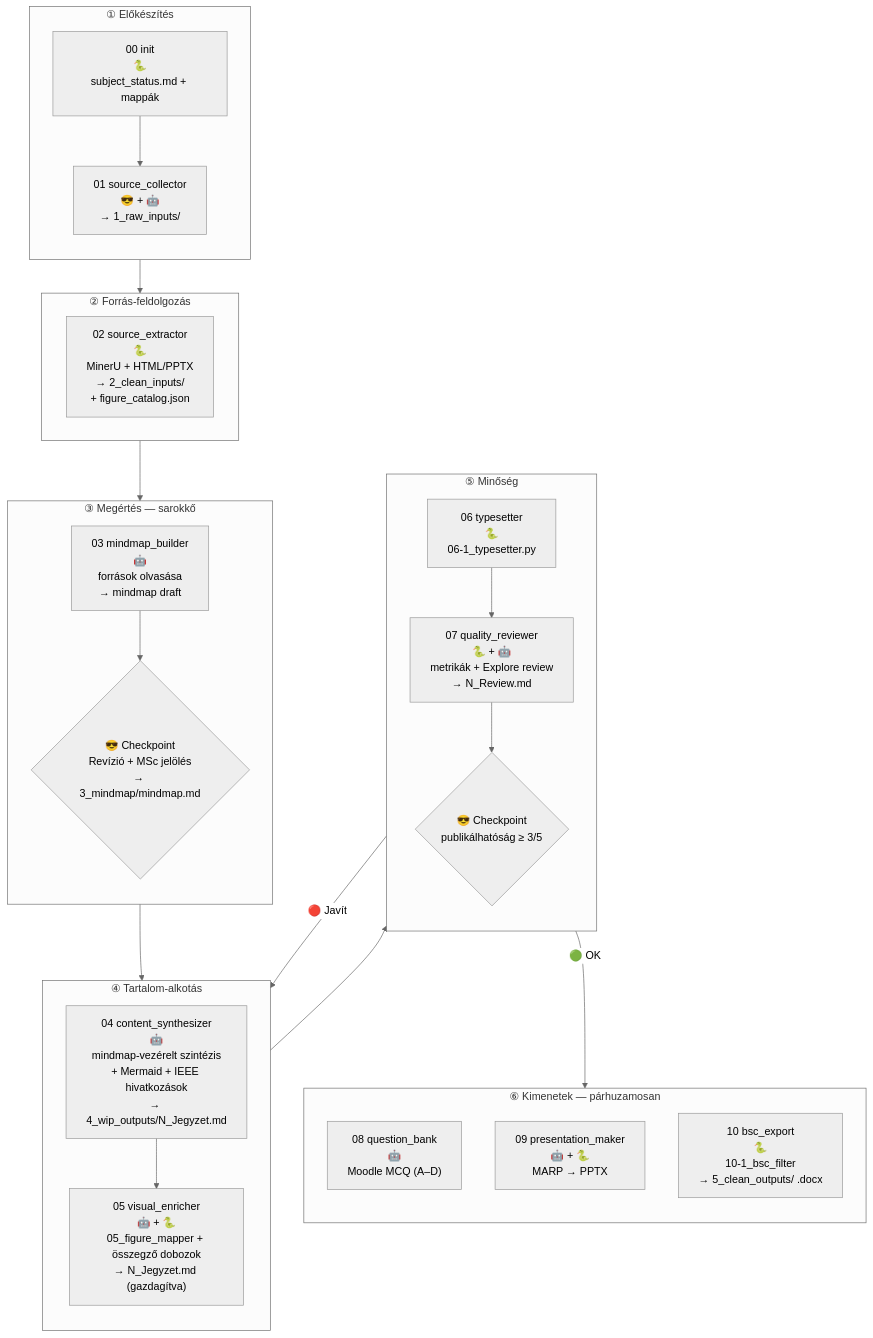
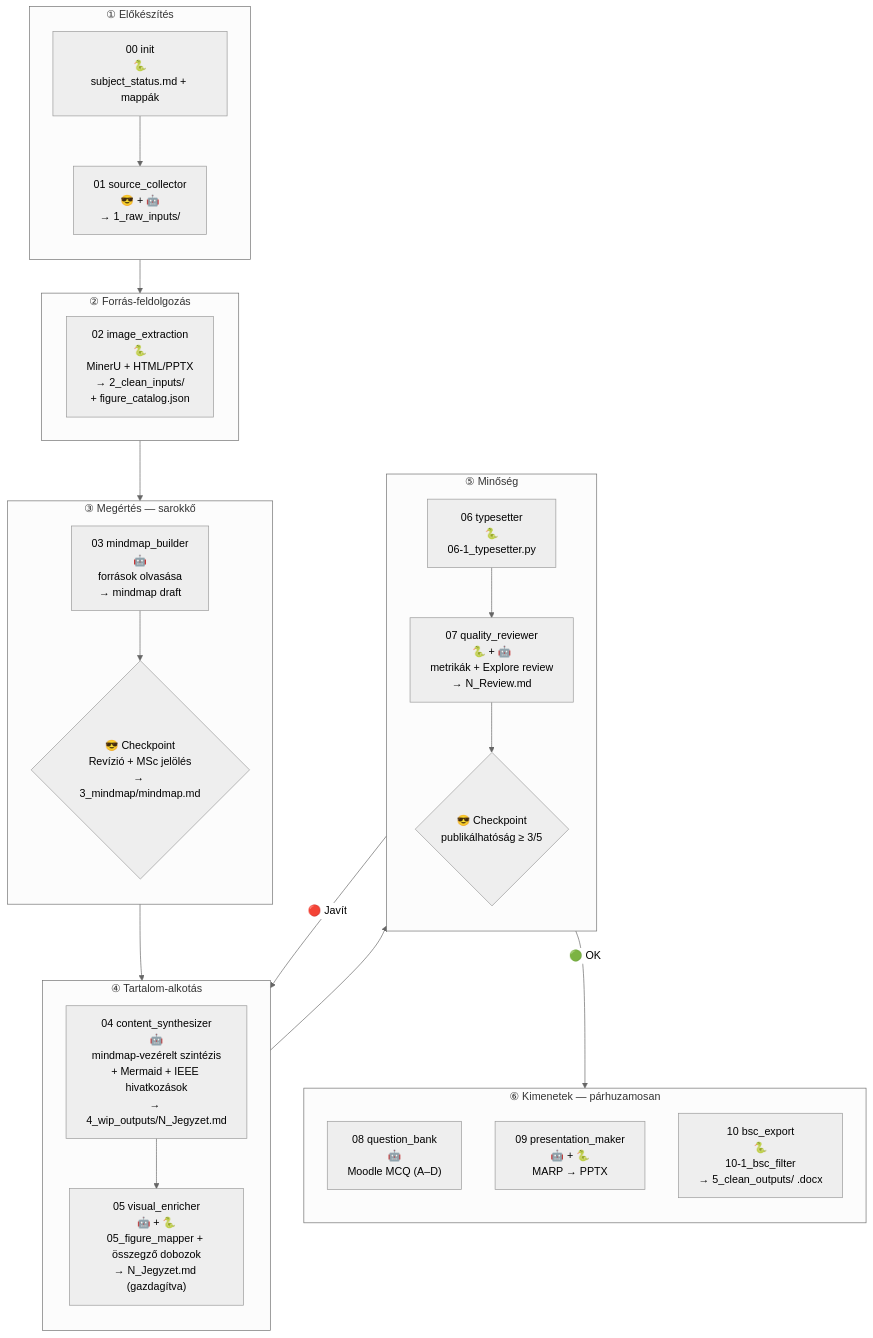
Before and after one commit to InutilemMachina/claude_course: the diagram in .claude/pipeline.md, drawn with Mermaid (neutral theme). The commit also changed other lines of this file and 23 other files, not shown here.

````diff
--- a/.claude/pipeline.md
+++ b/.claude/pipeline.md
@@ -45,46 +45,46 @@
 ```mermaid
 flowchart TD
     subgraph INIT["① Előkészítés"]
         direction TB
         I0["00 init<br>🐍<br>subject_status.md + mappák"]
         I1["01 source_collector<br>😎 + 🤖<br>→ 1_raw_inputs/"]
         I0 --> I1
     end
 
     subgraph EXT["② Forrás-feldolgozás"]
-        E1["02 source_extractor<br>🐍<br>MinerU + HTML/PPTX<br>→ 2_clean_inputs/<br>+ figure_catalog.json"]
+        E1["02 image_extraction<br>🐍<br>MinerU + HTML/PPTX<br>→ 2_clean_inputs/<br>+ figure_catalog.json"]
     end
 
     subgraph UNDERSTAND["③ Megértés — sarokkő"]
         direction TB
         U1["03 mindmap_builder<br>🤖<br>források olvasása<br>→ mindmap draft"]
         U2{"😎 Checkpoint<br>Revízió + MSc jelölés<br>→ 3_mindmap/mindmap.md"}
         U1 --> U2
     end
 
     subgraph CREATE["④ Tartalom-alkotás"]
         direction TB
         C1["04 content_synthesizer<br>🤖<br>mindmap-vezérelt szintézis<br>+ Mermaid + IEEE hivatkozások<br>→ 4_wip_outputs/N_Jegyzet.md"]
         C2["05 visual_enricher<br>🤖 + 🐍<br>05_figure_mapper + összegző dobozok<br>→ N_Jegyzet.md (gazdagítva)"]
         C1 --> C2
     end
 
     subgraph QUALITY["⑤ Minőség"]
         direction TB
         Q1["06 typesetter<br>🐍<br>06-1_typesetter.py"]
         Q2["07 quality_reviewer<br>🐍 + 🤖<br>metrikák + Explore review<br>→ N_Review.md"]
         Q3{"😎 Checkpoint<br>publikálhatóság ≥ 3/5"}
         Q1 --> Q2 --> Q3
     end
 
     subgraph OUTPUT["⑥ Kimenetek — párhuzamosan"]
         direction TB
         O1["08 question_bank<br>🤖<br>Moodle MCQ (A–D)"]
         O2["09 presentation_maker<br>🤖 + 🐍<br>MARP → PPTX"]
         O3["10 bsc_export<br>🐍<br>10-1_bsc_filter<br>→ 5_clean_outputs/ .docx"]
     end
 
     INIT --> EXT --> UNDERSTAND --> CREATE --> QUALITY
     Q3 -->|"🟢 OK"| OUTPUT
     Q3 -->|"🔴 Javít"| CREATE
 ```
````
